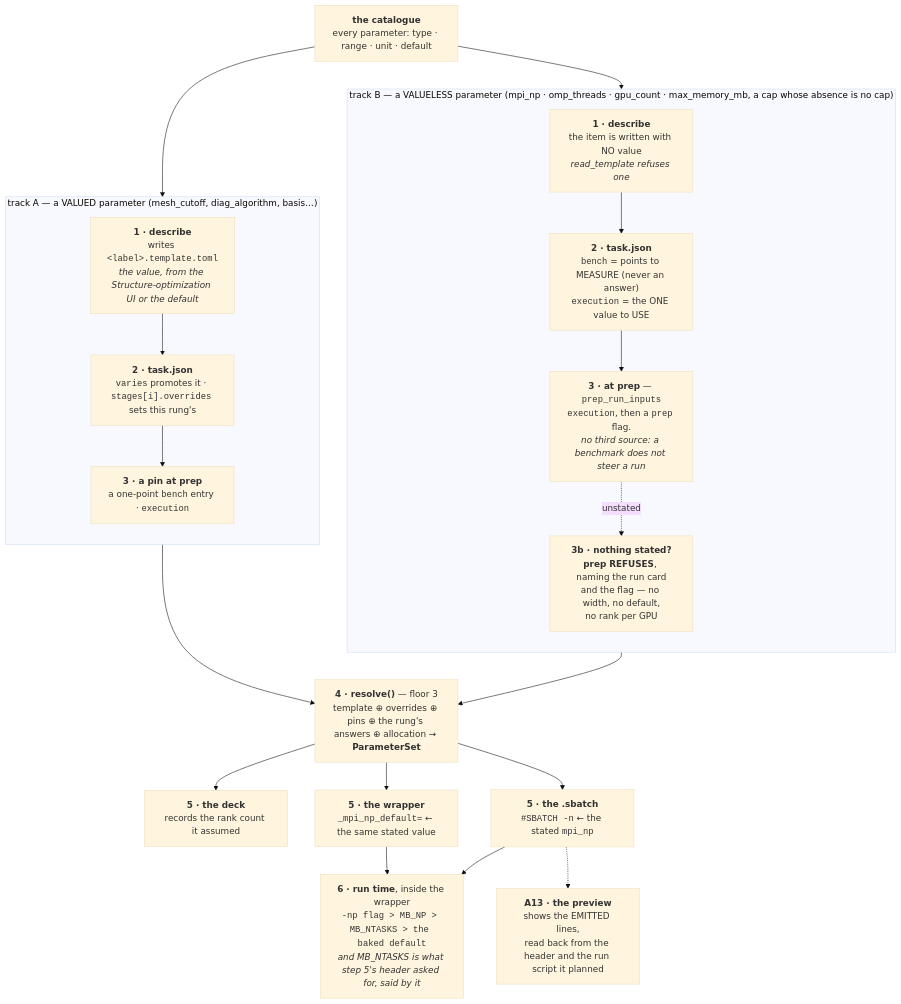
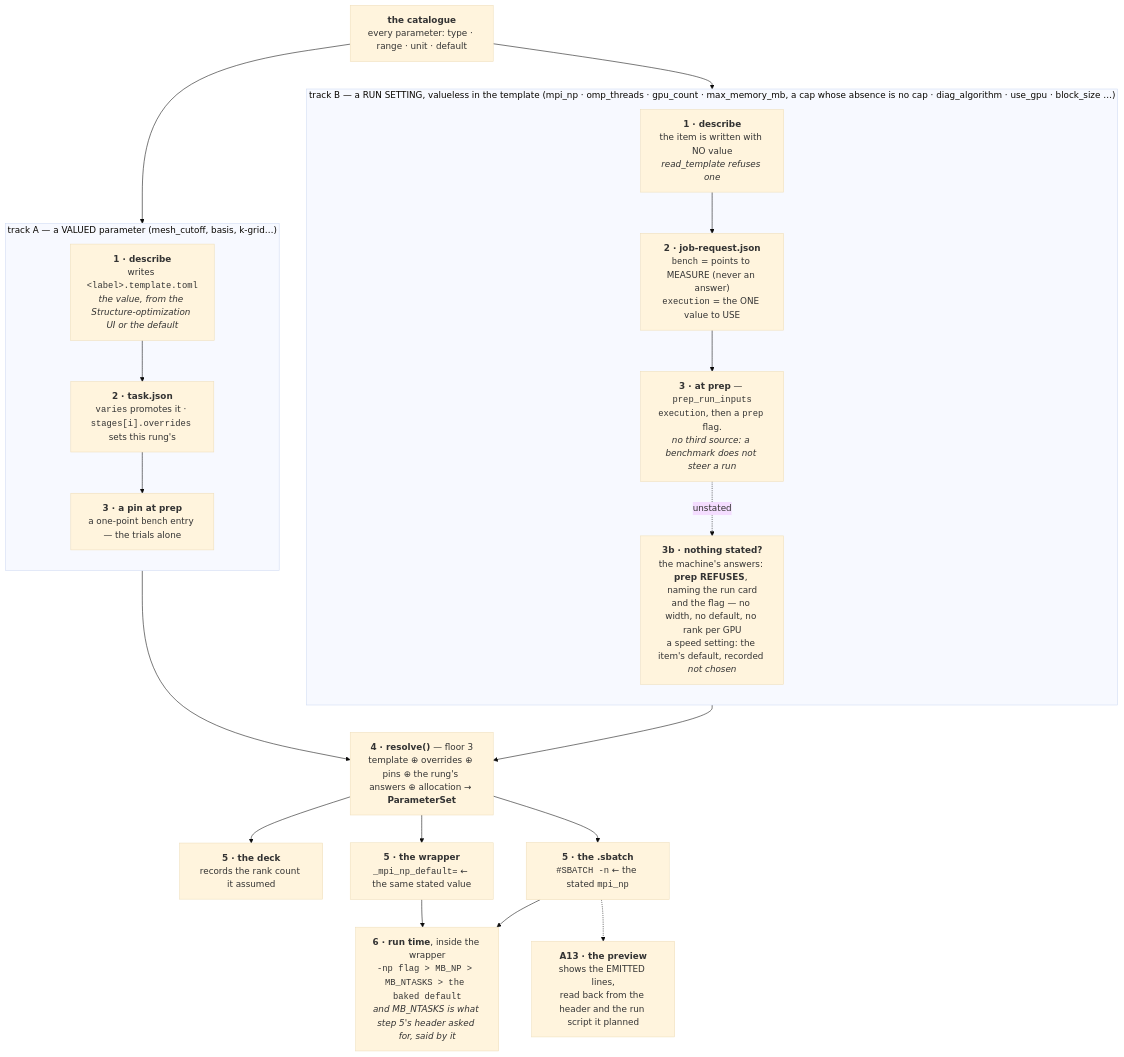
Before and after one commit to Qing-LAB/molbuilder: the sixth of 10 diagrams in docs/execution/architecture.md, drawn with Mermaid (base theme). The commit also changed other lines of this file and 196 other files, not shown here.

````diff
--- a/docs/execution/architecture.md
+++ b/docs/execution/architecture.md
@@ -710,40 +708,40 @@
 ```mermaid
 flowchart TB
     CAT["<b>the catalogue</b><br/>every parameter: type · range · unit · default"]
 
-    subgraph VAL["track A — a VALUED parameter (mesh_cutoff, diag_algorithm, basis…)"]
+    subgraph VAL["track A — a VALUED parameter (mesh_cutoff, basis, k-grid…)"]
         direction TB
         A1["<b>1 · describe</b><br/>writes <code>&lt;label&gt;.template.toml</code><br/><i>the value, from the Structure-optimization UI or the default</i>"]
         A2["<b>2 · task.json</b><br/><code>varies</code> promotes it · <code>stages[i].overrides</code> sets this rung's"]
-        A3["<b>3 · a pin at prep</b><br/>a one-point <code>bench</code> entry · <code>execution</code>"]
+        A3["<b>3 · a pin at prep</b><br/>a one-point <code>bench</code> entry — the trials alone"]
         A1 --> A2 --> A3
     end
 
-    subgraph MACH["track B — a VALUELESS parameter (mpi_np · omp_threads · gpu_count · max_memory_mb, a cap whose absence is no cap)"]
+    subgraph MACH["track B — a RUN SETTING, valueless in the template (mpi_np · omp_threads · gpu_count · max_memory_mb, a cap whose absence is no cap · diag_algorithm · use_gpu · block_size …)"]
         direction TB
         B1["<b>1 · describe</b><br/>the item is written with NO value<br/><i>read_template refuses one</i>"]
-        B2["<b>2 · task.json</b><br/><code>bench</code> = points to MEASURE (never an answer)<br/><code>execution</code> = the ONE value to USE"]
+        B2["<b>2 · job-request.json</b><br/><code>bench</code> = points to MEASURE (never an answer)<br/><code>execution</code> = the ONE value to USE"]
         B3["<b>3 · at prep</b> — <code>prep_run_inputs</code><br/><code>execution</code>, then a <code>prep</code> flag.<br/><i>no third source: a benchmark does not steer a run</i>"]
-        B4["<b>3b · nothing stated?</b><br/><b>prep REFUSES</b>, naming the run card<br/>and the flag — no width, no default,<br/>no rank per GPU"]
+        B4["<b>3b · nothing stated?</b><br/>the machine's answers: <b>prep REFUSES</b>, naming the run card<br/>and the flag — no width, no default, no rank per GPU<br/>a speed setting: the item's default, recorded <i>not chosen</i>"]
         B1 --> B2 --> B3
         B3 -.->|"unstated"| B4
     end
 
     RES["<b>4 · resolve()</b> — floor 3<br/>template ⊕ overrides ⊕ pins ⊕ the rung's answers ⊕ allocation → <b>ParameterSet</b>"]
     DECK["<b>5 · the deck</b><br/>records the rank count it assumed"]
     SB["<b>5 · the .sbatch</b><br/><code>#SBATCH -n</code> ← the stated <code>mpi_np</code>"]
     WRAP["<b>5 · the wrapper</b><br/><code>_mpi_np_default=</code> ← the same stated value"]
     RUN["<b>6 · run time</b>, inside the wrapper<br/><code>-np flag &gt; MB_NP &gt; MB_NTASKS &gt; the baked default</code><br/><i>and MB_NTASKS is what step 5's header asked for, said by it</i>"]
     CARD["<b>A13 · the preview</b><br/>shows the EMITTED lines,<br/>read back from the header and the run script it planned"]
 
     CAT --> A1
     CAT --> B1
     A3 --> RES
     B3 --> RES
     RES --> DECK
     RES --> SB
     RES --> WRAP
     SB --> RUN
     WRAP --> RUN
     SB -.-> CARD
 ```
````
